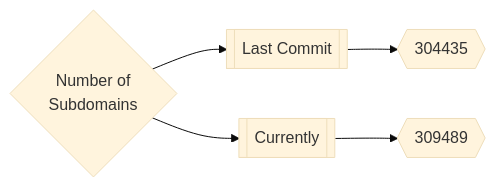
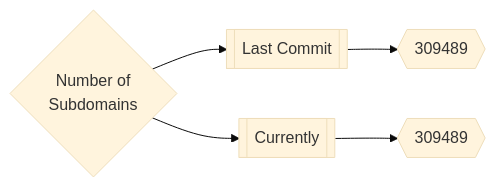
The first of 3 diagrams in README.md (trickest/inventory), drawn with Mermaid (base theme) before and after one commit.

Commit message:
Update Fri Mar 11 13:38:21 UTC 2022

````diff
--- a/README.md
+++ b/README.md
@@ -165,5 +165,5 @@
 ```mermaid
 graph LR
-title{Number of<br>Subdomains} --> subdomainsDate1[[Last Commit]] --> subdomainsNum1{{304435}}
+title{Number of<br>Subdomains} --> subdomainsDate1[[Last Commit]] --> subdomainsNum1{{309489}}
 title --> subdomainsDate2[[Currently]] --> subdomainsNum2{{309489}}
 ```
````
